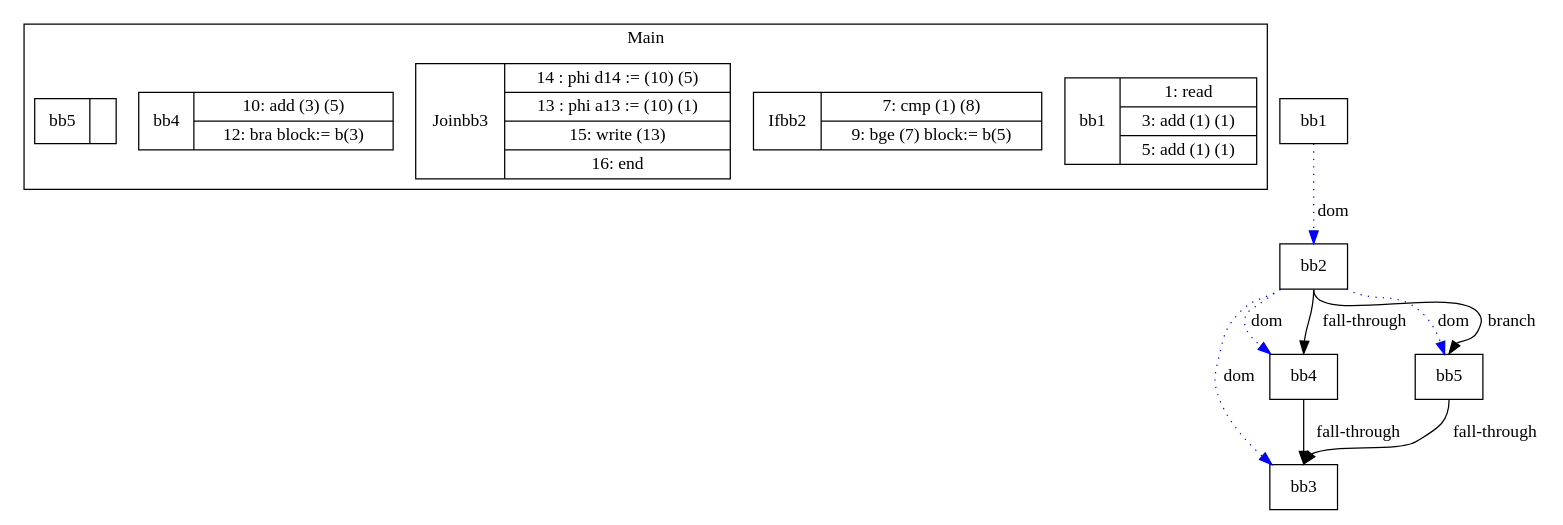
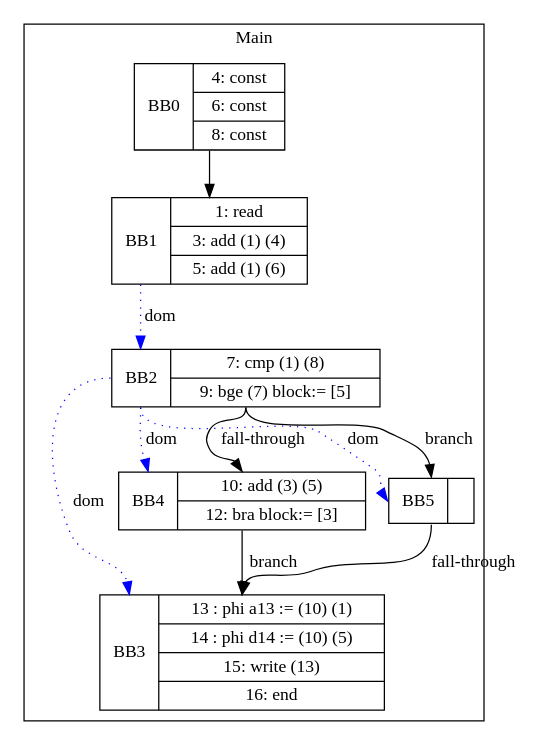
Before and after one commit to zjc664656505/UCI-CS241-Advanced-Compiler-main: the diagram in visualization/sample_test.gv, drawn with Graphviz. The commit also changed 12 other files, not shown here.

Commit message:
Add ConstantBlock.py to the project. Fixed branch issue in CFG.

```diff
--- a/visualization/sample_test.gv
+++ b/visualization/sample_test.gv
@@ -1,19 +1,21 @@
 digraph G {
 node [shape=record];
 subgraph cluster_main{
 label = "Main";
-BB1 [shape=record, label="<b>bb1|{1: read|3: add (1) (1)|5: add (1) (1)}"];
-BB2 [shape=record, label="<b>If\bb2|{7: cmp (1) (8)|9: bge (7) block:= b(5)}"];
-BB3 [shape=record, label="<b>Join\bb3|{14 : phi d14 := (10) (5)|13 : phi a13 := (10) (1)|15: write (13)|16: end}"];
-BB4 [shape=record, label="<b>bb4|{10: add (3) (5)|12: bra block:= b(3)}"];
-BB5 [shape=record, label="<b>bb5|}"];
+BB0 [shape=record, label="<b>BB0|{4: const|6: const|8: const}"];
+BB1 [shape=record, label="<b>BB1|{1: read|3: add (1) (4)|5: add (1) (6)}"];
+BB2 [shape=record, label="<b>BB2|{7: cmp (1) (8)|9: bge (7) block:= [5]}"];
+BB3 [shape=record, label="<b>BB3|{13 : phi a13 := (10) (1)|14 : phi d14 := (10) (5)|15: write (13)|16: end}"];
+BB4 [shape=record, label="<b>BB4|{10: add (3) (5)|12: bra block:= [3]}"];
+BB5 [shape=record, label="<b>BB5|}"];
 }
-bb2:b -> bb3:b [color=blue, style=dotted, label="dom"];
-bb2:b -> bb4:b [color=blue, style=dotted, label="dom"];
-bb1:b -> bb2:b [color=blue, style=dotted, label="dom"];
-bb2:b -> bb5:b [color=blue, style=dotted, label="dom"];
-bb2:s -> bb5:n [label="branch"];
-bb5:s -> bb3:n [label="fall-through"];
-bb2:s -> bb4:n [label="fall-through"];
-bb4:s -> bb3:n [label="fall-through"];
+BB0:s -> BB1:n ;
+BB2:b -> BB3:b [color=blue, style=dotted, label="dom"];
+BB2:b -> BB4:b [color=blue, style=dotted, label="dom"];
+BB1:b -> BB2:b [color=blue, style=dotted, label="dom"];
+BB2:b -> BB5:b [color=blue, style=dotted, label="dom"];
+BB2:s -> BB5:n [label="branch"];
+BB4:s -> BB3:n [label="branch"];
+BB5:s -> BB3:n [label="fall-through"];
+BB2:s -> BB4:n [label="fall-through"];
 }
```
